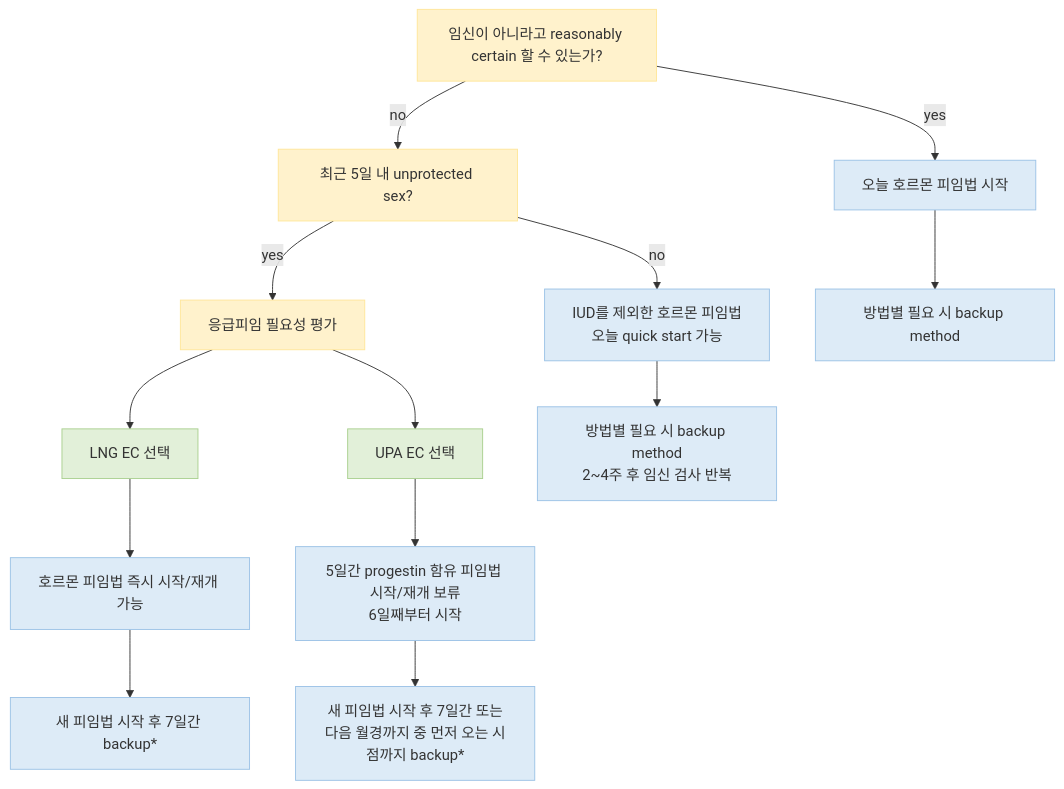
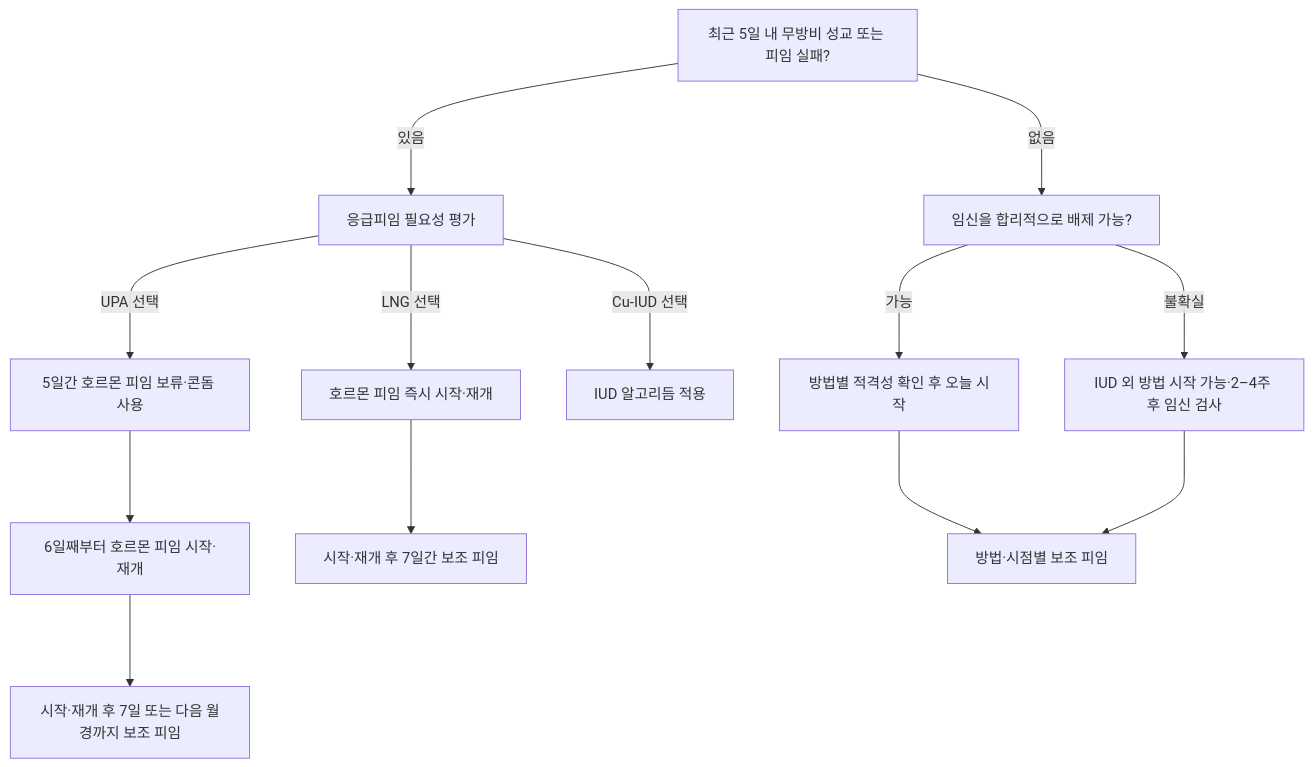
One commit to familyoh77/familyoh77 changed the first of 2 diagrams in 227_/131_-contraception.md. Above: the diagram before and after it, drawn with Mermaid. The commit also changed other lines of this file and 3 other files, not shown here.

````diff
--- a/227_/131_-contraception.md
+++ b/227_/131_-contraception.md
@@ -136,29 +150,16 @@
 ```mermaid
 flowchart TD
-    A["임신이 아니라고 reasonably certain 할 수 있는가?"]
-
-    A -- "yes" --> B["오늘 호르몬 피임법 시작"]
-    A -- "no" --> C["최근 5일 내 unprotected sex?"]
-
-    C -- "no" --> D["IUD를 제외한 호르몬 피임법<br>오늘 quick start 가능"]
-    C -- "yes" --> E["응급피임 필요성 평가"]
-
-    E --> F["LNG EC 선택"]
-    E --> G["UPA EC 선택"]
-
-    F --> H["호르몬 피임법 즉시 시작/재개 가능"]
-    G --> I["5일간 progestin 함유 피임법 시작/재개 보류<br>6일째부터 시작"]
-
-    B --> J["방법별 필요 시 backup method"]
-    D --> K["방법별 필요 시 backup method<br>2~4주 후 임신 검사 반복"]
-    H --> L["새 피임법 시작 후 7일간 backup*"]
-    I --> M["새 피임법 시작 후 7일간 또는<br>다음 월경까지 중 먼저 오는 시점까지 backup*"]
-
-    classDef yellow fill:#FFF2CC,stroke:#FFE699,color:#333
-    classDef green fill:#E2F0D9,stroke:#A9D08E,color:#333
-    classDef blue fill:#DDEBF7,stroke:#9BC2E6,color:#333
-
-    class A,C,E yellow
-    class F,G green
-    class B,D,H,I,J,K,L,M blue
+    A["최근 5일 내 무방비 성교 또는 피임 실패?"]
+    A -- "있음" ---> B["응급피임 필요성 평가"]
+    A -- "없음" ---> C["임신을 합리적으로 배제 가능?"]
+    B -- "LNG 선택" ---> D["호르몬 피임 즉시 시작·재개"]
+    B -- "UPA 선택" ---> E["5일간 호르몬 피임 보류·콘돔 사용"]
+    B -- "Cu-IUD 선택" ---> F["IUD 알고리듬 적용"]
+    C -- "가능" ---> G["방법별 적격성 확인 후 오늘 시작"]
+    C -- "불확실" ---> H["IUD 외 방법 시작 가능·2–4주 후 임신 검사"]
+    E ---> I["6일째부터 호르몬 피임 시작·재개"]
+    D ---> J["시작·재개 후 7일간 보조 피임"]
+    I ---> K["시작·재개 후 7일 또는 다음 월경까지 보조 피임"]
+    G ---> L["방법·시점별 보조 피임"]
+    H ---> L
 ```
````
